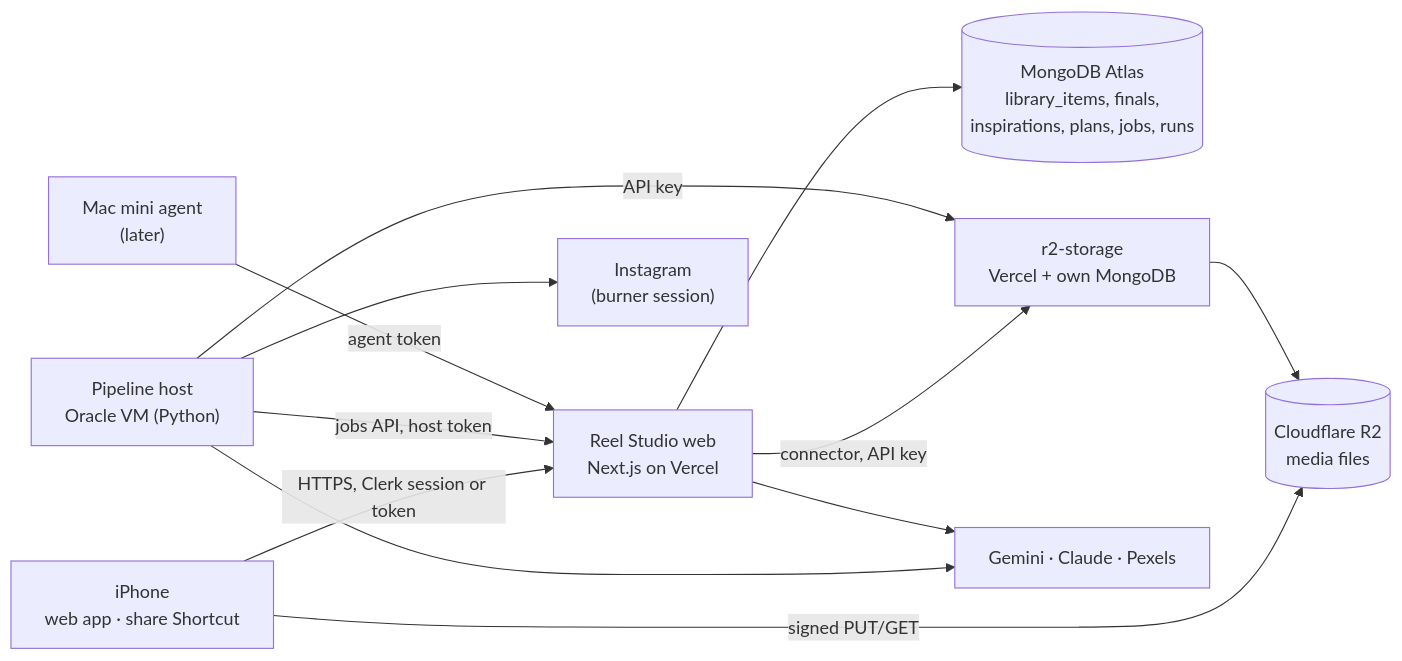
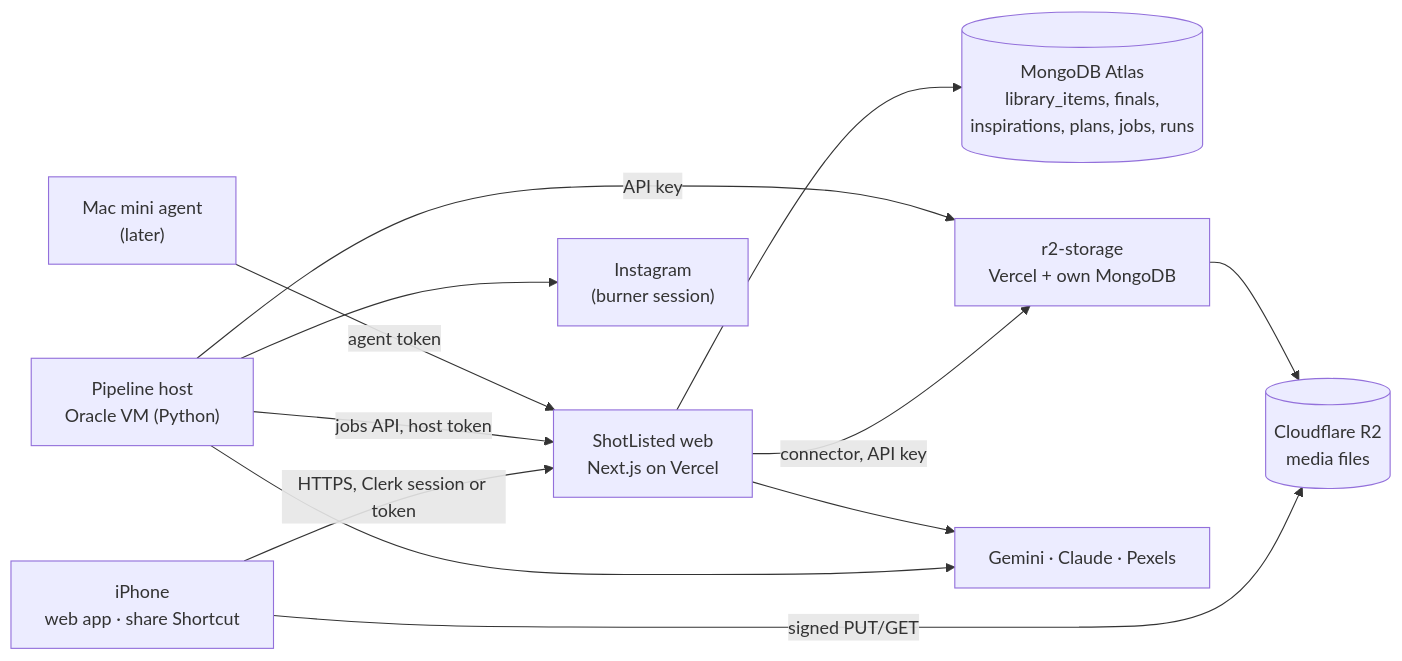
One commit to KaalaAadmi/shot-listed changed the diagram in docs/TRD.md. Above: the diagram before and after it, drawn with Mermaid. The commit also changed other lines of this file and 153 other files, not shown here.

````diff
--- a/docs/TRD.md
+++ b/docs/TRD.md
@@ -9,24 +9,24 @@
 ```mermaid
 flowchart LR
   phone["iPhone<br/>web app · share Shortcut"]
-  web["Reel Studio web<br/>Next.js on Vercel"]
+  web["ShotListed web<br/>Next.js on Vercel"]
   atlas[("MongoDB Atlas<br/>library_items, finals,<br/>inspirations, plans, jobs, runs")]
   storage["r2-storage<br/>Vercel + own MongoDB"]
   r2[("Cloudflare R2<br/>media files")]
   host["Pipeline host<br/>Oracle VM (Python)"]
   mac["Mac mini agent<br/>(later)"]
   ai["Gemini · Claude · Pexels"]
   ig["Instagram<br/>(burner session)"]
 
   phone -->|HTTPS, Clerk session or token| web
   phone -->|signed PUT/GET| r2
   web --> atlas
   web -->|connector, API key| storage
   storage --> r2
   host -->|jobs API, host token| web
   host -->|API key| storage
   host --> ai
   host --> ig
   web --> ai
   mac -->|agent token| web
 ```
````
